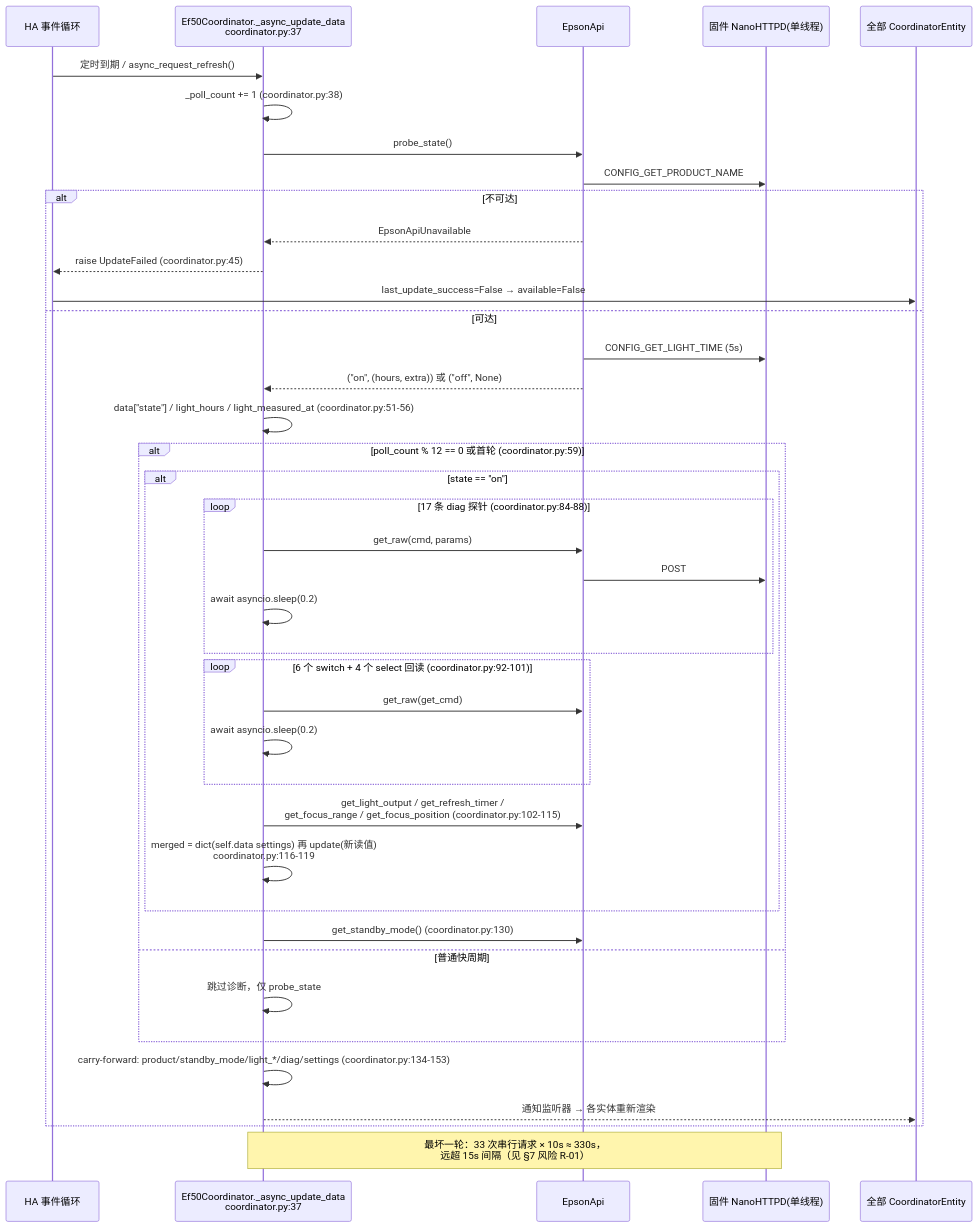
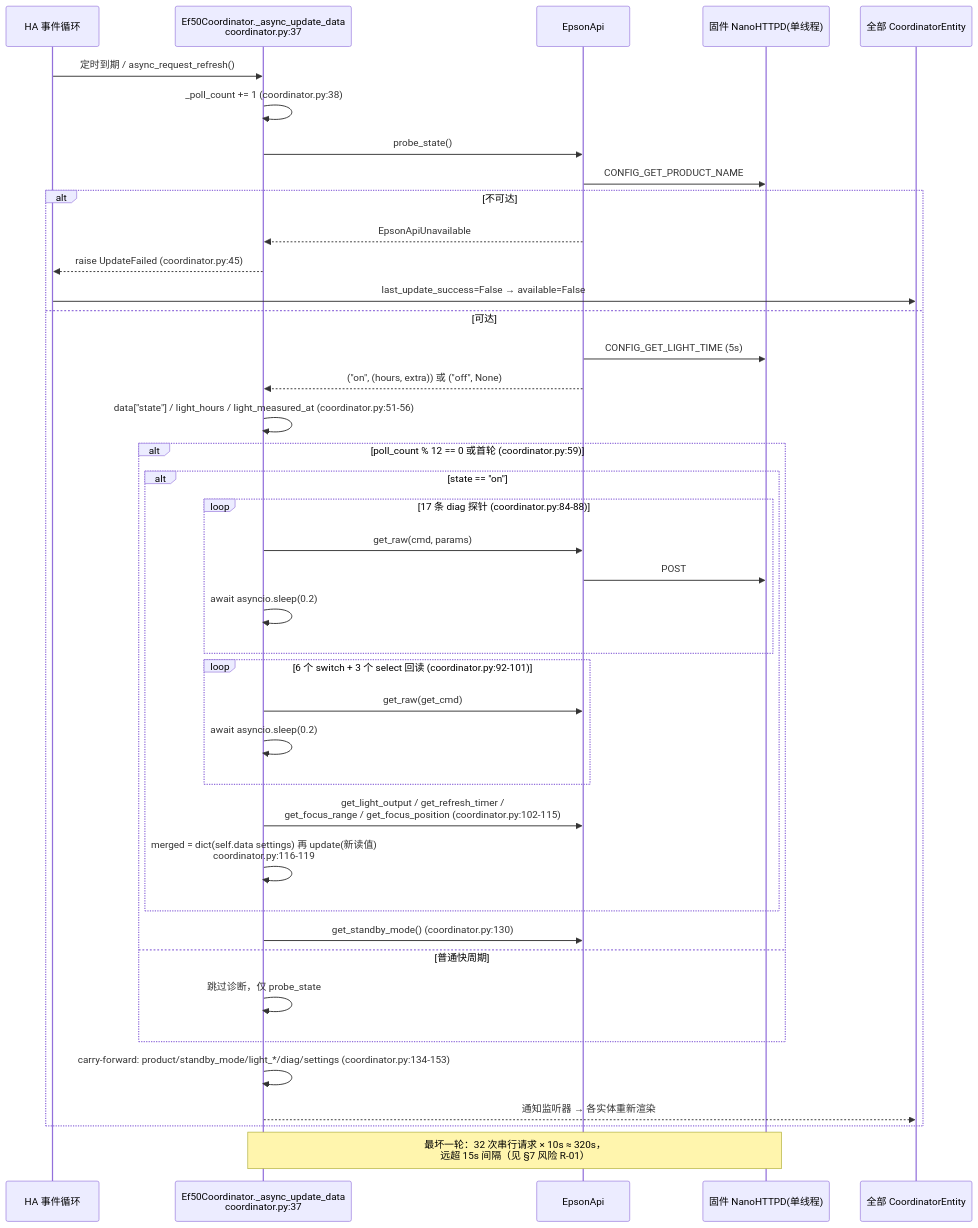
The sixth of 7 diagrams in docs/architecture/architecture_views/process_view.md (aixmoyu/ha-epson-ef-projector), drawn with Mermaid before and after one commit. The commit also changed other lines of this file and 78 other files, not shown here.

````diff
--- a/docs/architecture/architecture_views/process_view.md
+++ b/docs/architecture/architecture_views/process_view.md
@@ -314,43 +314,43 @@
 ```mermaid
 sequenceDiagram
     participant HA as HA 事件循环
     participant CO as Ef50Coordinator._async_update_data<br/>coordinator.py:37
     participant API as EpsonApi
     participant FW as 固件 NanoHTTPD(单线程)
     participant E as 全部 CoordinatorEntity
 
     HA->>CO: 定时到期 / async_request_refresh()
     CO->>CO: _poll_count += 1 (coordinator.py:38)
     CO->>API: probe_state()
     API->>FW: CONFIG_GET_PRODUCT_NAME
     alt 不可达
         API-->>CO: EpsonApiUnavailable
         CO-->>HA: raise UpdateFailed (coordinator.py:45)
         HA->>E: last_update_success=False → available=False
     else 可达
         API->>FW: CONFIG_GET_LIGHT_TIME (5s)
         API-->>CO: ("on", (hours, extra)) 或 ("off", None)
         CO->>CO: data["state"] / light_hours / light_measured_at (coordinator.py:51-56)
         alt poll_count % 12 == 0 或首轮 (coordinator.py:59)
             alt state == "on"
                 loop 17 条 diag 探针 (coordinator.py:84-88)
                     CO->>API: get_raw(cmd, params)
                     API->>FW: POST
                     CO->>CO: await asyncio.sleep(0.2)
                 end
-                loop 6 个 switch + 4 个 select 回读 (coordinator.py:92-101)
+                loop 6 个 switch + 3 个 select 回读 (coordinator.py:92-101)
                     CO->>API: get_raw(get_cmd)
                     CO->>CO: await asyncio.sleep(0.2)
                 end
                 CO->>API: get_light_output / get_refresh_timer /<br/>get_focus_range / get_focus_position (coordinator.py:102-115)
                 CO->>CO: merged = dict(self.data settings) 再 update(新读值)<br/>coordinator.py:116-119
             end
             CO->>API: get_standby_mode() (coordinator.py:130)
         else 普通快周期
             CO->>CO: 跳过诊断，仅 probe_state
         end
         CO->>CO: carry-forward: product/standby_mode/light_*/diag/settings (coordinator.py:134-153)
         CO-->>E: 通知监听器 → 各实体重新渲染
     end
-    Note over CO,FW: 最坏一轮：33 次串行请求 × 10s ≈ 330s，<br/>远超 15s 间隔（见 §7 风险 R-01）
+    Note over CO,FW: 最坏一轮：32 次串行请求 × 10s ≈ 320s，<br/>远超 15s 间隔（见 §7 风险 R-01）
 ```
````
